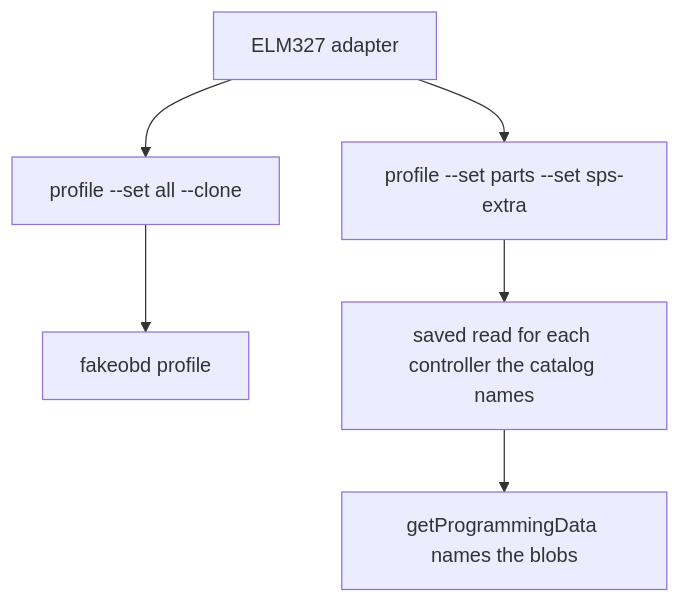
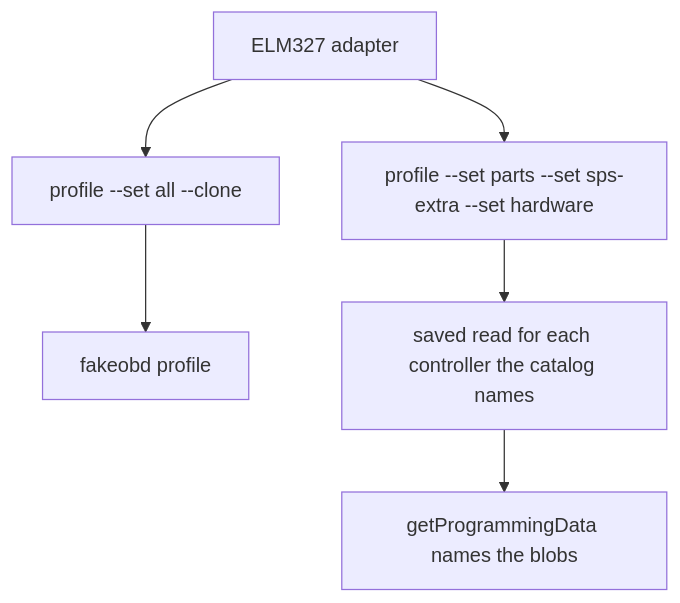
The diagram in docs/capture.md (b1tninja-labs/voltkit), drawn with Mermaid before and after one commit. The commit also changed other lines of this file and 1 other file, not shown here.

Commit message:
Ask the hardware identifier and filter ranged appendix headers.

````diff
--- a/docs/capture.md
+++ b/docs/capture.md
@@ -9,11 +9,11 @@
 ```mermaid
 flowchart TD
   adapter["ELM327 adapter"]
   all["profile --set all --clone"]
   lab["fakeobd profile"]
-  parts["profile --set parts --set sps-extra"]
+  parts["profile --set parts --set sps-extra --set hardware"]
   saved["saved read for each controller the catalog names"]
   named["getProgrammingData names the blobs"]
   adapter --> all --> lab
   adapter --> parts --> saved --> named
 ```
````
